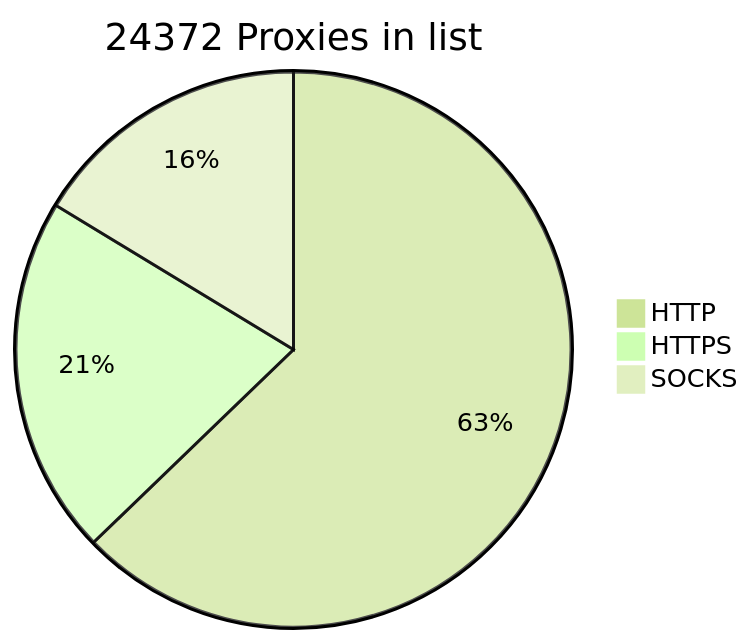
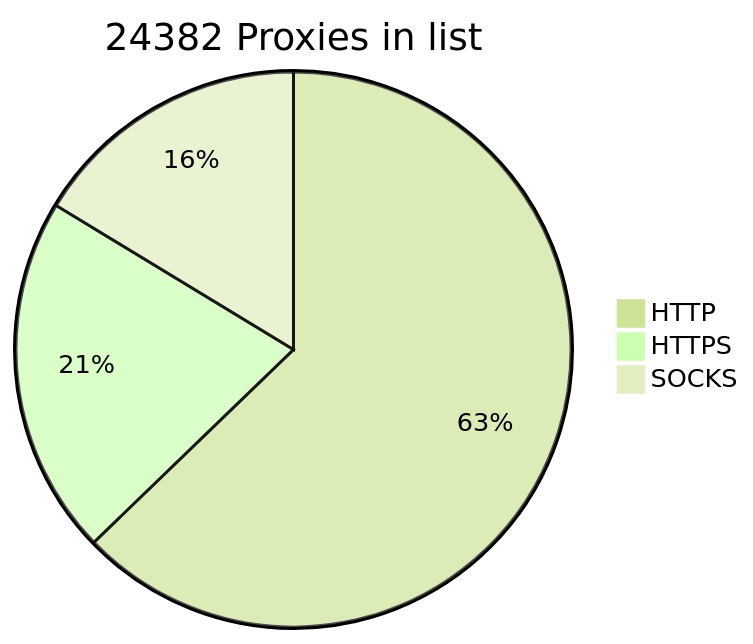
Before and after one commit to BlackSnowDot/proxylist-update-every-minute: the diagram in README.md, drawn with Mermaid (forest theme).

````diff
--- a/README.md
+++ b/README.md
@@ -2,6 +2,6 @@
 ```mermaid
-pie title 24372 Proxies in list
-    "HTTP" : 17598
-    "HTTPS": 5856
-    "SOCKS" : 4575
+pie title 24382 Proxies in list
+    "HTTP" : 17606
+    "HTTPS": 5864
+    "SOCKS" : 4576
 ```
````
